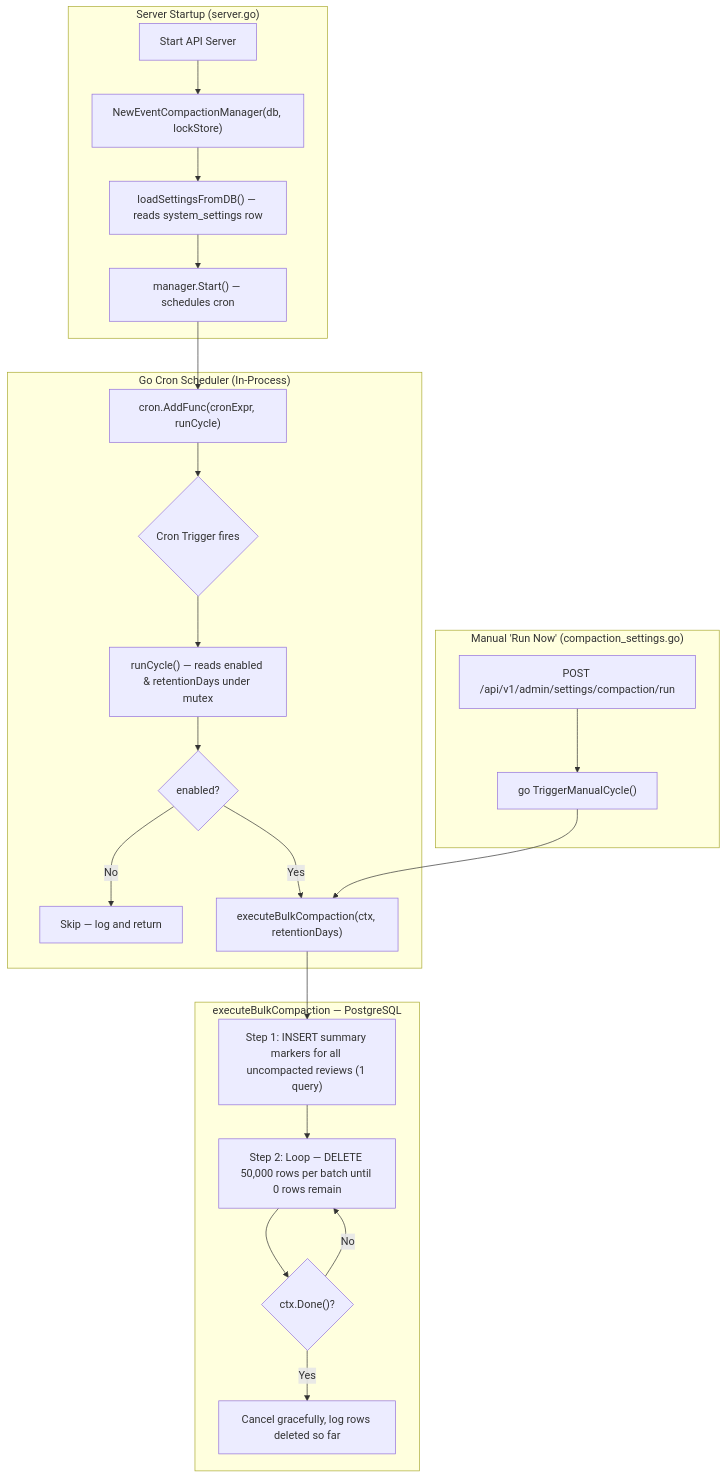
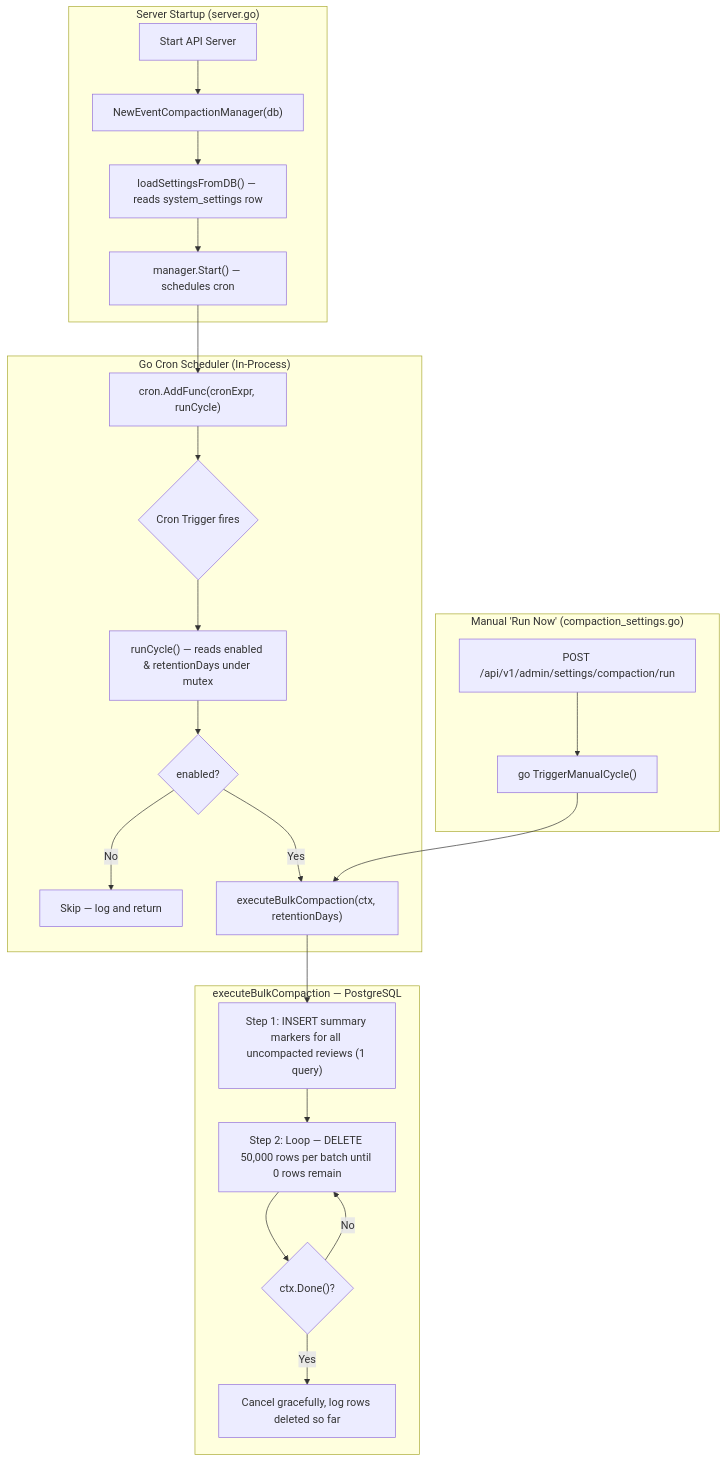
Before and after one commit to HexmosTech/LiveReview: the diagram in docs/Review/Event-compression.md, drawn with Mermaid. The commit also changed other lines of this file and 3 other files, not shown here.

Commit message:
Remove Distributed Locking for Event Compaction

````diff
--- a/docs/Review/Event-compression.md
+++ b/docs/Review/Event-compression.md
@@ -35,30 +35,30 @@
 ```mermaid
 flowchart TD
     subgraph Server_Startup ["Server Startup (server.go)"]
-        A["Start API Server"] --> B["NewEventCompactionManager(db, lockStore)"]
+        A["Start API Server"] --> B["NewEventCompactionManager(db)"]
         B --> C["loadSettingsFromDB() — reads system_settings row"]
         C --> D["manager.Start() — schedules cron"]
     end
 
     subgraph Go_Cron_Loop ["Go Cron Scheduler (In-Process)"]
         D --> E["cron.AddFunc(cronExpr, runCycle)"]
         E --> F{"Cron Trigger fires"}
         F --> G["runCycle() — reads enabled & retentionDays under mutex"]
         G --> H{"enabled?"}
         H -->|"No"| I["Skip — log and return"]
         H -->|"Yes"| J["executeBulkCompaction(ctx, retentionDays)"]
     end
 
     subgraph Manual_Trigger ["Manual 'Run Now' (compaction_settings.go)"]
         K["POST /api/v1/admin/settings/compaction/run"] --> L["go TriggerManualCycle()"]
         L --> J
     end
 
     subgraph Execution ["executeBulkCompaction — PostgreSQL"]
         J --> M["Step 1: INSERT summary markers for all uncompacted reviews (1 query)"]
         M --> N["Step 2: Loop — DELETE 50,000 rows per batch until 0 rows remain"]
         N --> O{"ctx.Done()?"}
         O -->|"Yes"| P["Cancel gracefully, log rows deleted so far"]
         O -->|"No"| N
     end
 ```
````
